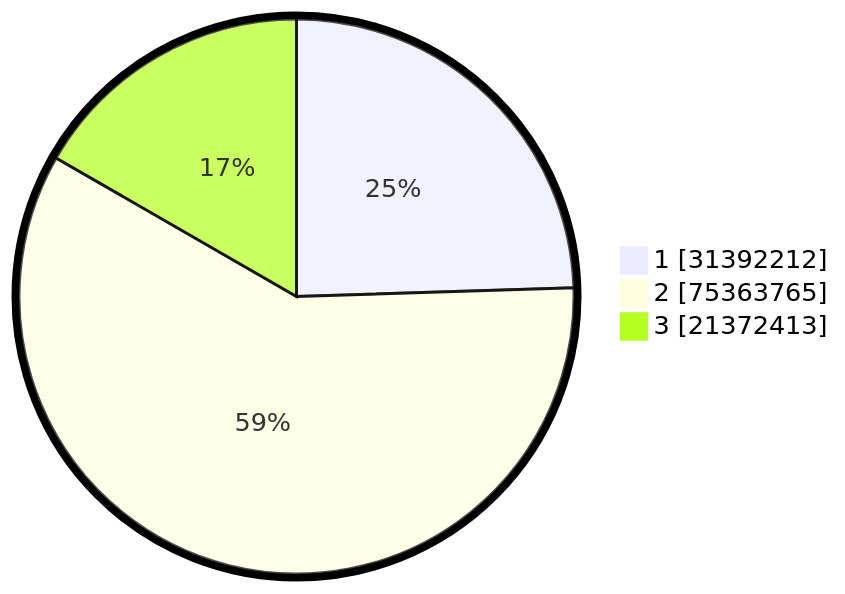
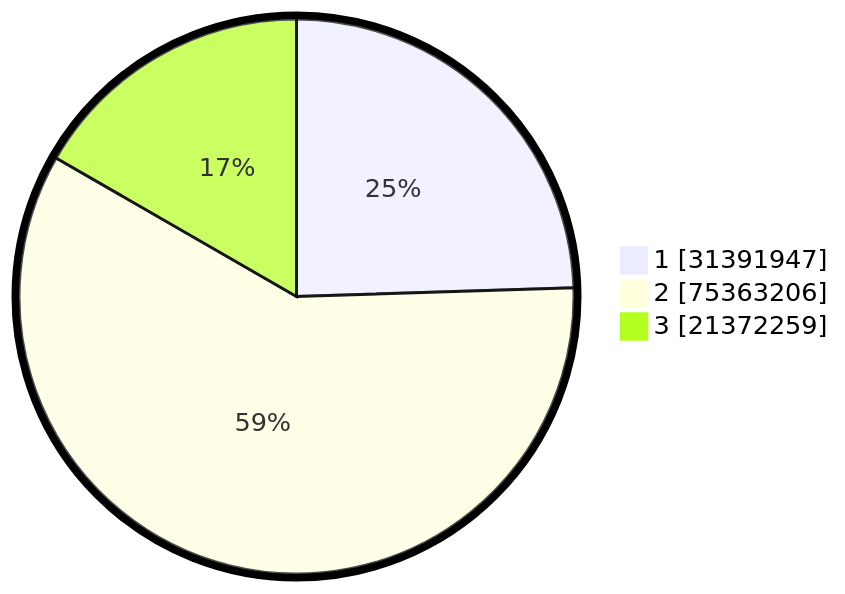
The second of 2 diagrams in pilpres/hitung-suara/README.md (gigit-pemilu/pemilu-2024), drawn with Mermaid before and after one commit. The commit also changed other lines of this file and 10 other files, not shown here.

````diff
--- a/pilpres/hitung-suara/README.md
+++ b/pilpres/hitung-suara/README.md
@@ -93,7 +93,7 @@
 ```mermaid
 %%{init: {"pie": {"textPosition": 0.5}, "themeVariables": {"pieOuterStrokeWidth": "5px"}} }%%
 pie showData
-    "1" : 31392212
-    "2" : 75363765
-    "3" : 21372413
+    "1" : 31391947
+    "2" : 75363206
+    "3" : 21372259
 ```
````
